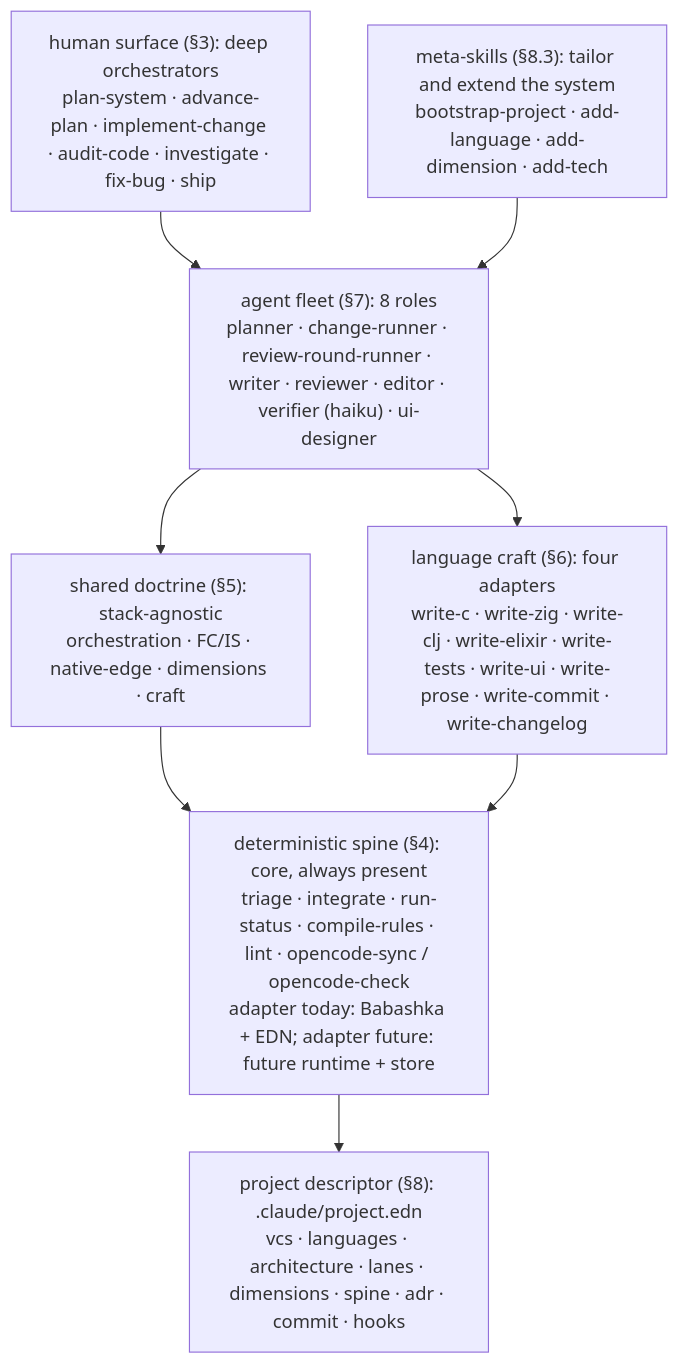
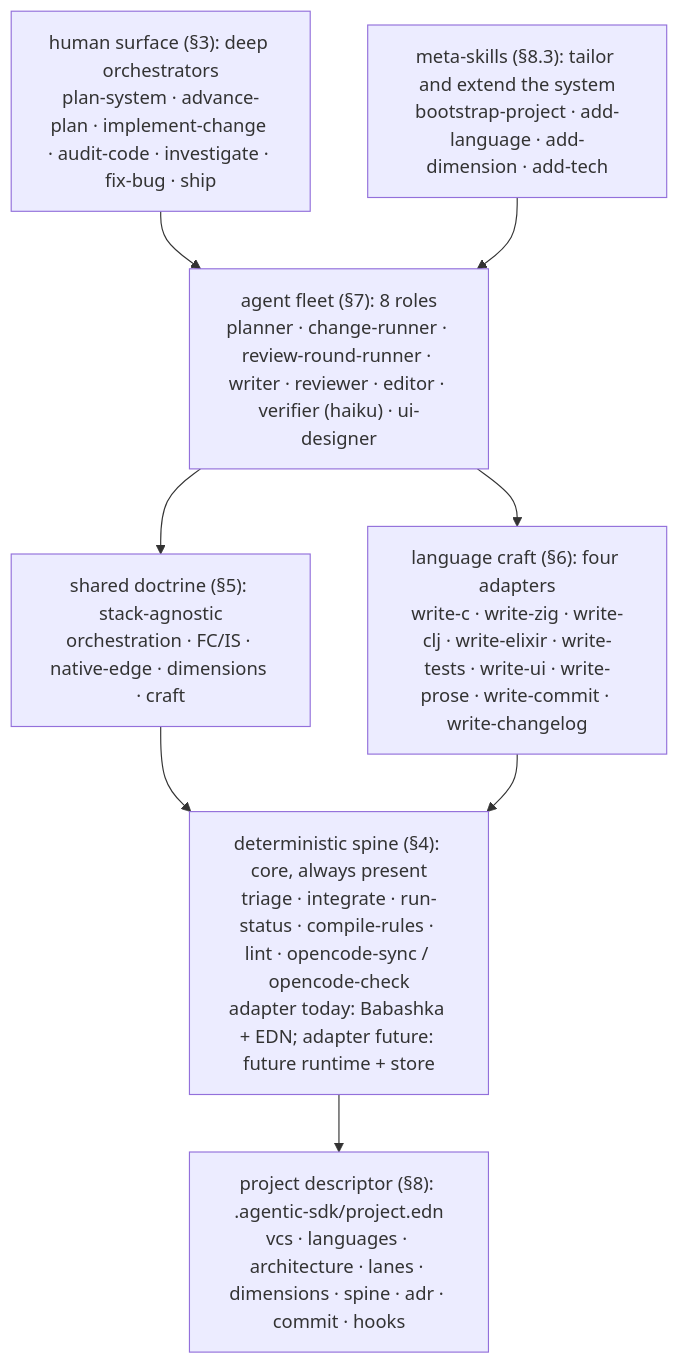
Before and after one commit to leifericf/agentic-sdk: the diagram in docs/design.md, drawn with Mermaid. The commit also changed other lines of this file and 34 other files, not shown here.

Commit message:
Refactor: Move the install home to .agentic-sdk

````diff
--- a/docs/design.md
+++ b/docs/design.md
@@ -53,15 +57,15 @@
 ```mermaid
 flowchart TD
   EP["human surface (§3): deep orchestrators<br/>plan-system · advance-plan · implement-change · audit-code · investigate · fix-bug · ship"]
   MS["meta-skills (§8.3): tailor and extend the system<br/>bootstrap-project · add-language · add-dimension · add-tech"]
   AG["agent fleet (§7): 8 roles<br/>planner · change-runner · review-round-runner · writer · reviewer · editor · verifier (haiku) · ui-designer"]
   SD["shared doctrine (§5): stack-agnostic<br/>orchestration · FC/IS · native-edge · dimensions · craft"]
   LC["language craft (§6): four adapters<br/>write-c · write-zig · write-clj · write-elixir · write-tests · write-ui · write-prose · write-commit · write-changelog"]
   SP["deterministic spine (§4): core, always present<br/>triage · integrate · run-status · compile-rules · lint · opencode-sync / opencode-check<br/>adapter today: Babashka + EDN; adapter future: future runtime + store"]
-  PD["project descriptor (§8): .claude/project.edn<br/>vcs · languages · architecture · lanes · dimensions · spine · adr · commit · hooks"]
+  PD["project descriptor (§8): .agentic-sdk/project.edn<br/>vcs · languages · architecture · lanes · dimensions · spine · adr · commit · hooks"]
   EP --> AG
   MS --> AG
   AG --> SD & LC
   SD & LC --> SP
   SP --> PD
 ```
````
